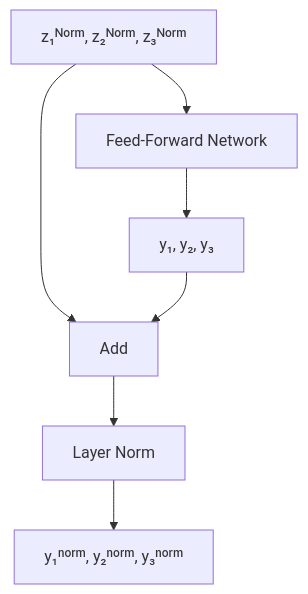
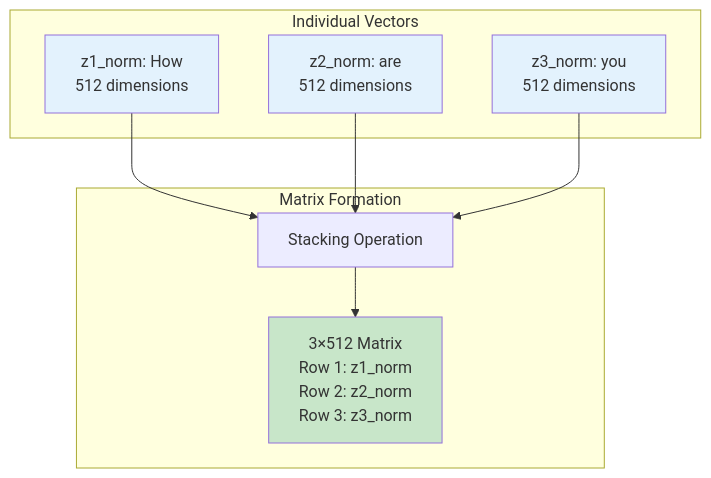
One commit to Sankhyesh/AI-Learning-Roadmap-2024 changed diagram 17 of 52 in CampusX/100-days-deep-learning/80-complete-transformer-architecture-encoder-decoder-implementation.md. Above: the diagram before and after it, drawn with Mermaid. The commit also changed other lines of this file, not shown here.

Commit message:
feat: Enhance feed-forward network documentation with detailed mermaid diagrams and explanations

````diff
--- a/CampusX/100-days-deep-learning/80-complete-transformer-architecture-encoder-decoder-implementation.md
+++ b/CampusX/100-days-deep-learning/80-complete-transformer-architecture-encoder-decoder-implementation.md
@@ -491,10 +546,23 @@
 ```mermaid
 graph TD
-    A[z₁ᴺᵒʳᵐ, z₂ᴺᵒʳᵐ, z₃ᴺᵒʳᵐ] --> B[Feed-Forward Network]
-    B --> C[y₁, y₂, y₃]
+    subgraph "Individual Vectors"
+        A[z1_norm: How<br/>512 dimensions]
+        B[z2_norm: are<br/>512 dimensions]
+        C[z3_norm: you<br/>512 dimensions]
+    end
     
-    A --> D[Add]
+    subgraph "Matrix Formation"
+        D[Stacking Operation]
+        E[3×512 Matrix<br/>Row 1: z1_norm<br/>Row 2: z2_norm<br/>Row 3: z3_norm]
+    end
+    
+    A --> D
+    B --> D
     C --> D
-    D --> E[Layer Norm]
-    E --> F[y₁ⁿᵒʳᵐ, y₂ⁿᵒʳᵐ, y₃ⁿᵒʳᵐ]
+    D --> E
+    
+    style A fill:#e3f2fd
+    style B fill:#e3f2fd
+    style C fill:#e3f2fd
+    style E fill:#c8e6c9
 ```
````
